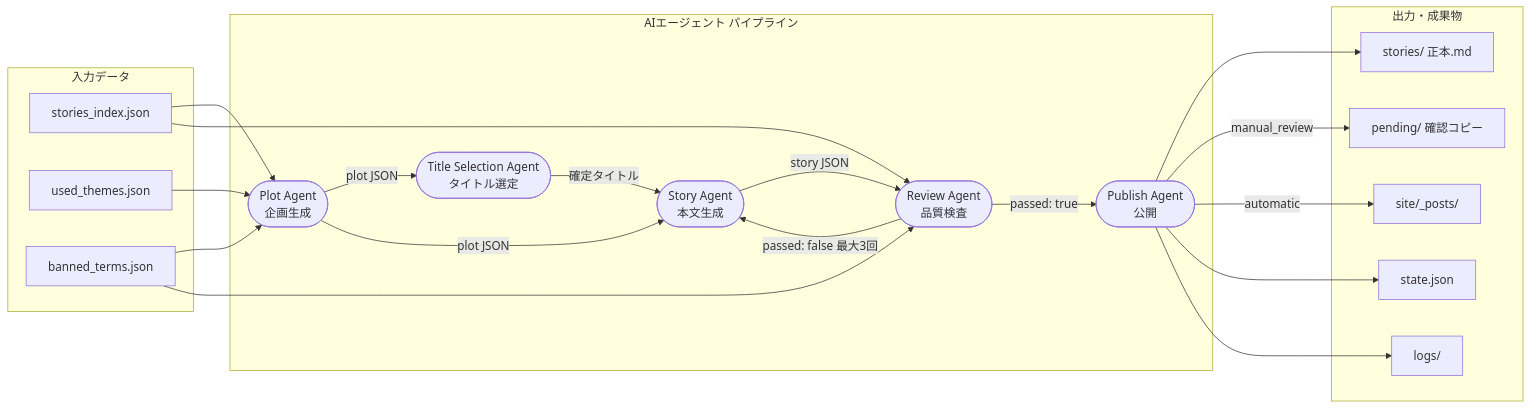
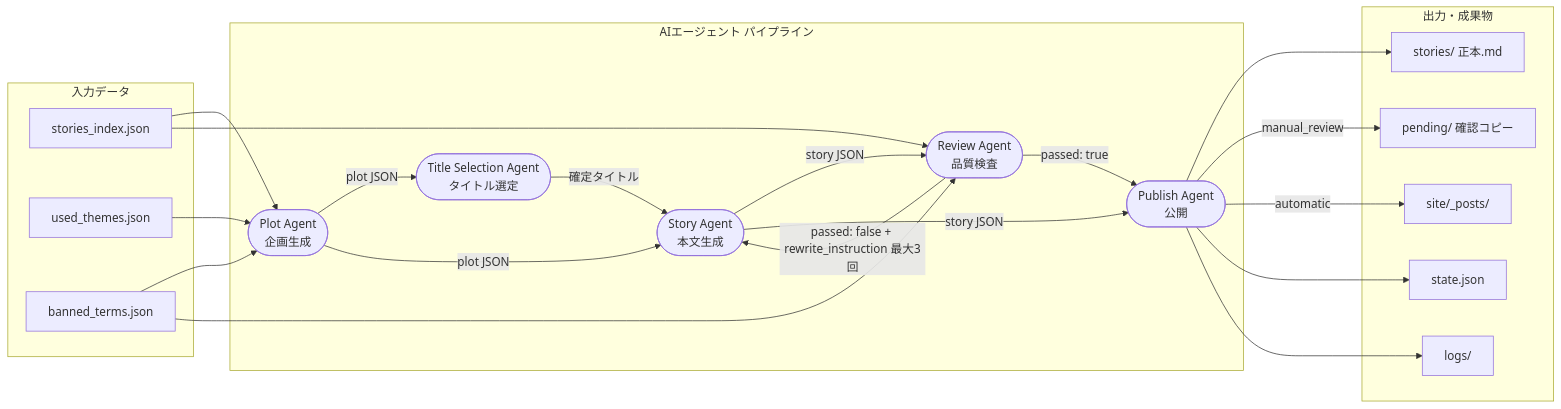
The second of 4 diagrams in usecase.md (garyohosu/writer), drawn with Mermaid before and after one commit. The commit also changed other lines of this file and 1 other file, not shown here.

Commit message:
Align use case flow and remove contact page

````diff
--- a/usecase.md
+++ b/usecase.md
@@ -45,41 +49,42 @@
 ```mermaid
 graph LR
     subgraph Input["入力データ"]
         IDX[stories_index.json]
         THEMES[used_themes.json]
         BANNED[banned_terms.json]
     end
 
     subgraph Agents["AIエージェント パイプライン"]
         PA([Plot Agent\n企画生成])
         TA([Title Selection Agent\nタイトル選定])
         SA([Story Agent\n本文生成])
         RA([Review Agent\n品質検査])
         PUB([Publish Agent\n公開])
     end
 
     subgraph Output["出力・成果物"]
         STORY[stories/ 正本.md]
         PENDING[pending/ 確認コピー]
         POSTS[site/_posts/]
         STATE[state.json]
         LOG[logs/]
     end
 
     IDX --> PA
     THEMES --> PA
     BANNED --> PA
     PA -->|plot JSON| TA
     TA -->|確定タイトル| SA
     PA -->|plot JSON| SA
     SA -->|story JSON| RA
+    SA -->|story JSON| PUB
     BANNED --> RA
     IDX --> RA
     RA -->|passed: true| PUB
-    RA -->|passed: false 最大3回| SA
+    RA -->|passed: false + rewrite_instruction 最大3回| SA
     PUB --> STORY
     PUB -->|manual_review| PENDING
     PUB -->|automatic| POSTS
     PUB --> STATE
     PUB --> LOG
 ```
````
